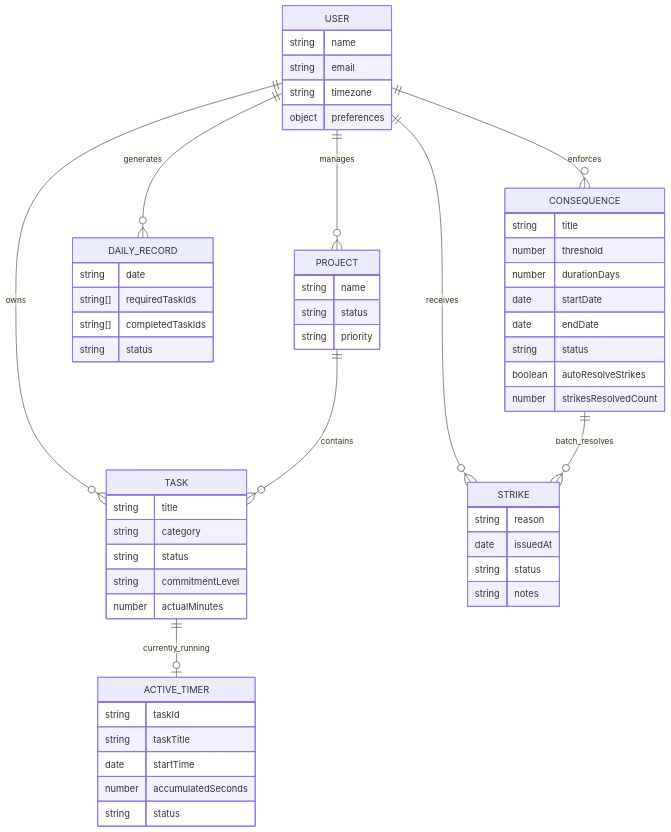
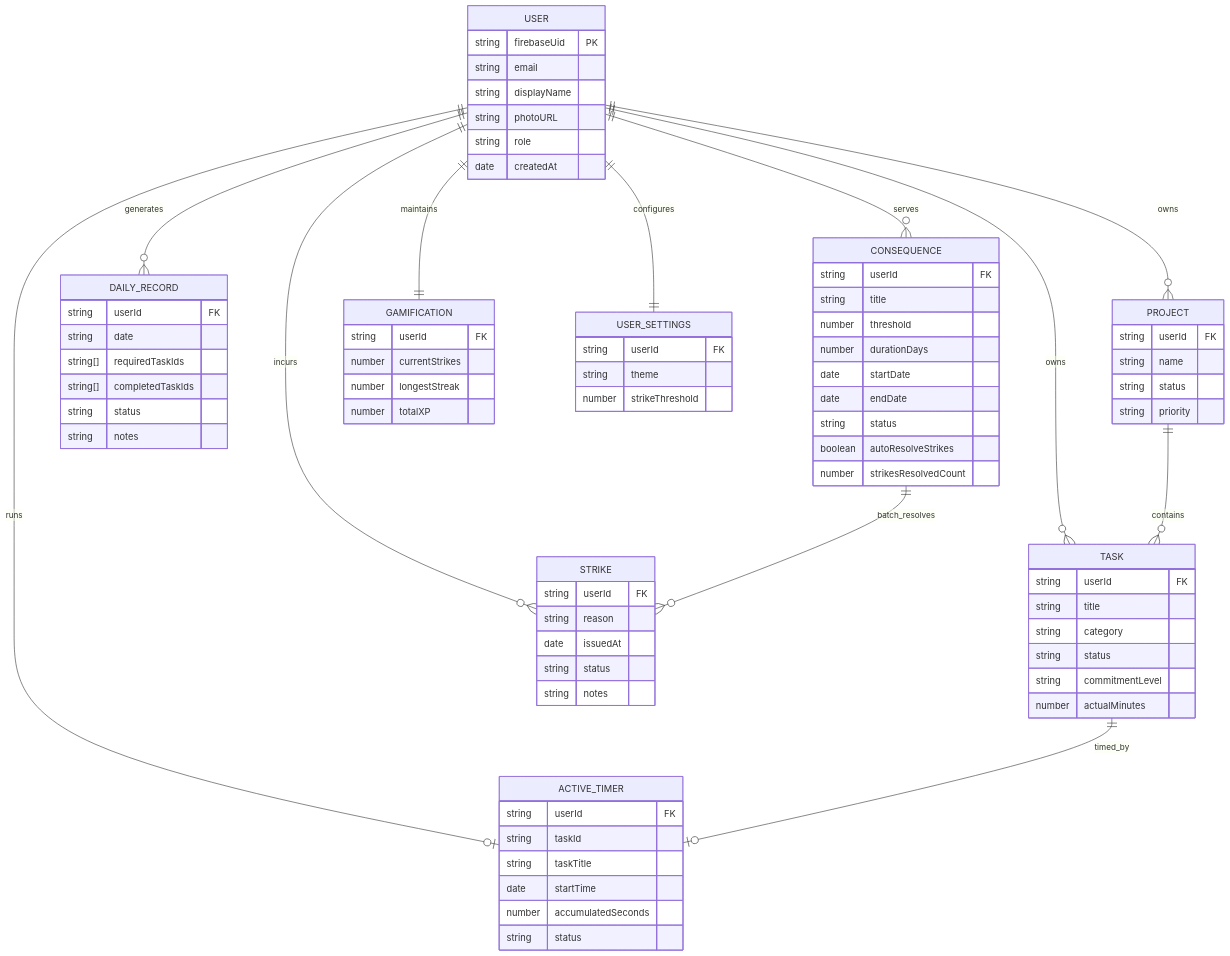
The second of 7 diagrams in notes.md (sudhanshu-SID/Get-It-Done), drawn with Mermaid before and after one commit. The commit also changed other lines of this file and 3 other files, not shown here.

Commit message:
docs: document multi-user authentication, multi-tenancy architecture, and dashboard refinements

````diff
--- a/notes.md
+++ b/notes.md
@@ -194,59 +253,82 @@
 ```mermaid
 erDiagram
     USER {
-        string name
+        string firebaseUid PK
         string email
-        string timezone
-        object preferences
+        string displayName
+        string photoURL
+        string role
+        date createdAt
     }
     PROJECT {
+        string userId FK
         string name
         string status
         string priority
     }
     TASK {
+        string userId FK
         string title
         string category
         string status
         string commitmentLevel
         number actualMinutes
     }
     DAILY_RECORD {
+        string userId FK
         string date
         string[] requiredTaskIds
         string[] completedTaskIds
         string status
+        string notes
     }
     STRIKE {
+        string userId FK
         string reason
         date issuedAt
         string status
         string notes
     }
     CONSEQUENCE {
+        string userId FK
         string title
         number threshold
         number durationDays
         date startDate
         date endDate
         string status
         boolean autoResolveStrikes
         number strikesResolvedCount
     }
     ACTIVE_TIMER {
+        string userId FK
         string taskId
         string taskTitle
         date startTime
         number accumulatedSeconds
         string status
     }
+    GAMIFICATION {
+        string userId FK
+        number currentStrikes
+        number longestStreak
+        number totalXP
+    }
+    USER_SETTINGS {
+        string userId FK
+        string theme
+        number strikeThreshold
+    }
     
-    USER ||--o{ PROJECT : manages
+    USER ||--o{ PROJECT : owns
     USER ||--o{ TASK : owns
     USER ||--o{ DAILY_RECORD : generates
-    USER ||--o{ STRIKE : receives
-    USER ||--o{ CONSEQUENCE : enforces
+    USER ||--o{ STRIKE : incurs
+    USER ||--o{ CONSEQUENCE : serves
+    USER ||--o| ACTIVE_TIMER : runs
+    USER ||--|| GAMIFICATION : maintains
+    USER ||--|| USER_SETTINGS : configures
     PROJECT ||--o{ TASK : contains
-    TASK ||--o| ACTIVE_TIMER : currently_running
+    TASK ||--o| ACTIVE_TIMER : timed_by
     CONSEQUENCE ||--o{ STRIKE : batch_resolves
 ```
````
